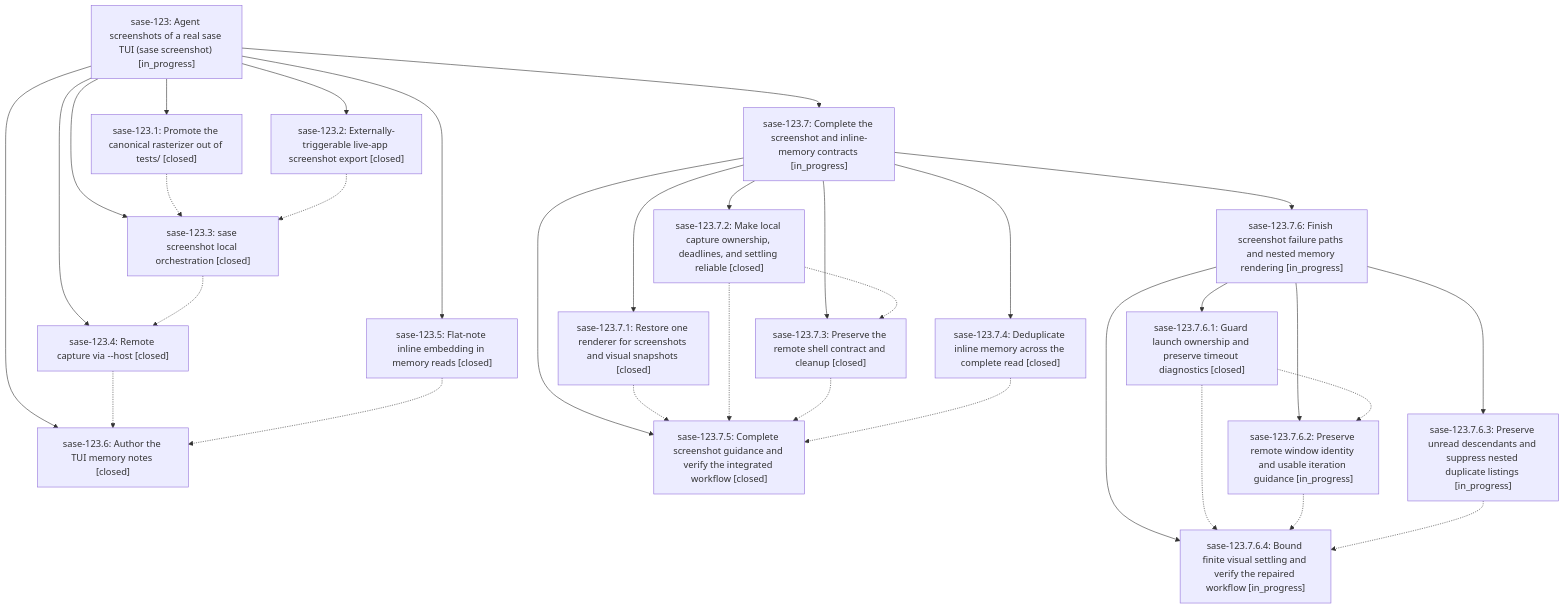
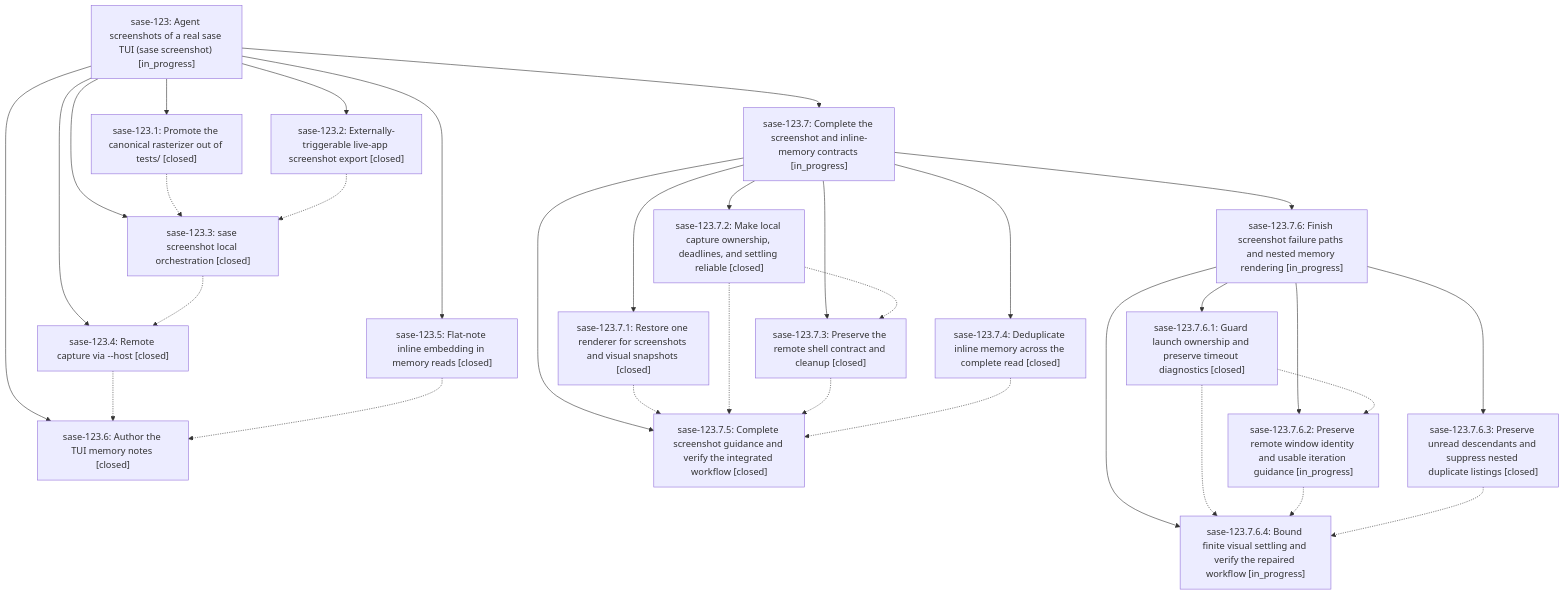
One commit to sase-org/sase--beads changed the diagram in pages/sase-123/README.md. Above: the diagram before and after it, drawn with Mermaid. The commit also changed other lines of this file and 2 other files, not shown here.

First line of the commit message:
chore(beads): sync bead state and pages for sase-123

````diff
--- a/pages/sase-123/README.md
+++ b/pages/sase-123/README.md
@@ -55,52 +55,52 @@
 ```mermaid
 flowchart TD
     n0["sase-123: Agent screenshots of a real sase TUI (sase screenshot) [in_progress]"]
     n1["sase-123.1: Promote the canonical rasterizer out of tests/ [closed]"]
     n2["sase-123.2: Externally-triggerable live-app screenshot export [closed]"]
     n3["sase-123.3: sase screenshot local orchestration [closed]"]
     n4["sase-123.4: Remote capture via --host [closed]"]
     n5["sase-123.5: Flat-note inline embedding in memory reads [closed]"]
     n6["sase-123.6: Author the TUI memory notes [closed]"]
     n7["sase-123.7: Complete the screenshot and inline-memory contracts [in_progress]"]
     n8["sase-123.7.1: Restore one renderer for screenshots and visual snapshots [closed]"]
     n9["sase-123.7.2: Make local capture ownership, deadlines, and settling reliable [closed]"]
     n10["sase-123.7.3: Preserve the remote shell contract and cleanup [closed]"]
     n11["sase-123.7.4: Deduplicate inline memory across the complete read [closed]"]
     n12["sase-123.7.5: Complete screenshot guidance and verify the integrated workflow [closed]"]
     n13["sase-123.7.6: Finish screenshot failure paths and nested memory rendering [in_progress]"]
     n14["sase-123.7.6.1: Guard launch ownership and preserve timeout diagnostics [closed]"]
     n15["sase-123.7.6.2: Preserve remote window identity and usable iteration guidance [in_progress]"]
-    n16["sase-123.7.6.3: Preserve unread descendants and suppress nested duplicate listings [in_progress]"]
+    n16["sase-123.7.6.3: Preserve unread descendants and suppress nested duplicate listings [closed]"]
     n17["sase-123.7.6.4: Bound finite visual settling and verify the repaired workflow [in_progress]"]
     n0 --> n1
     n0 --> n2
     n0 --> n3
     n0 --> n4
     n0 --> n5
     n0 --> n6
     n0 --> n7
     n7 --> n8
     n7 --> n9
     n7 --> n10
     n7 --> n11
     n7 --> n12
     n7 --> n13
     n13 --> n14
     n13 --> n15
     n13 --> n16
     n13 --> n17
     n1 -.-> n3
     n2 -.-> n3
     n3 -.-> n4
     n4 -.-> n6
     n5 -.-> n6
     n8 -.-> n12
     n9 -.-> n10
     n9 -.-> n12
     n10 -.-> n12
     n11 -.-> n12
     n14 -.-> n15
     n14 -.-> n17
     n15 -.-> n17
     n16 -.-> n17
 ```
````
